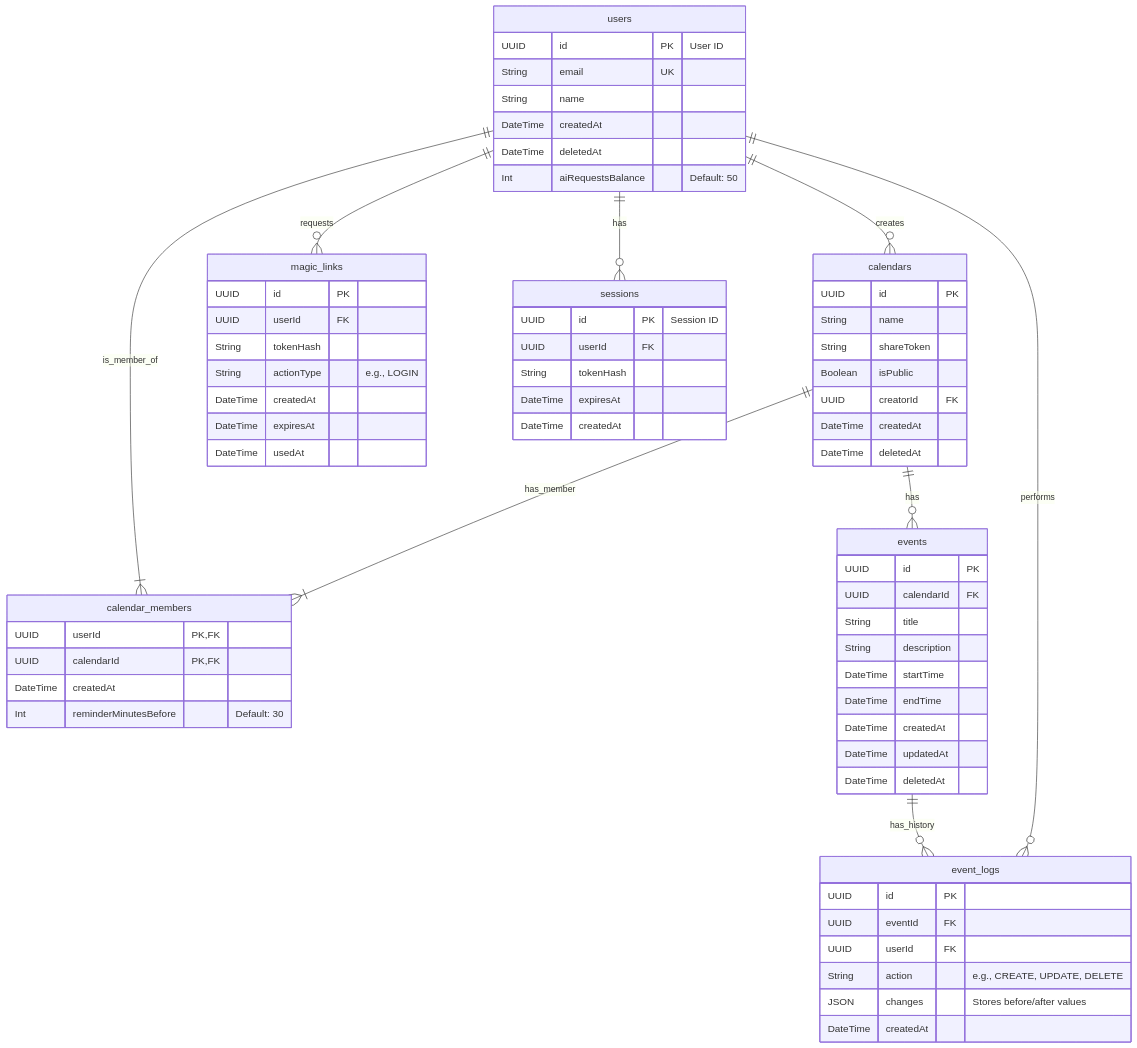
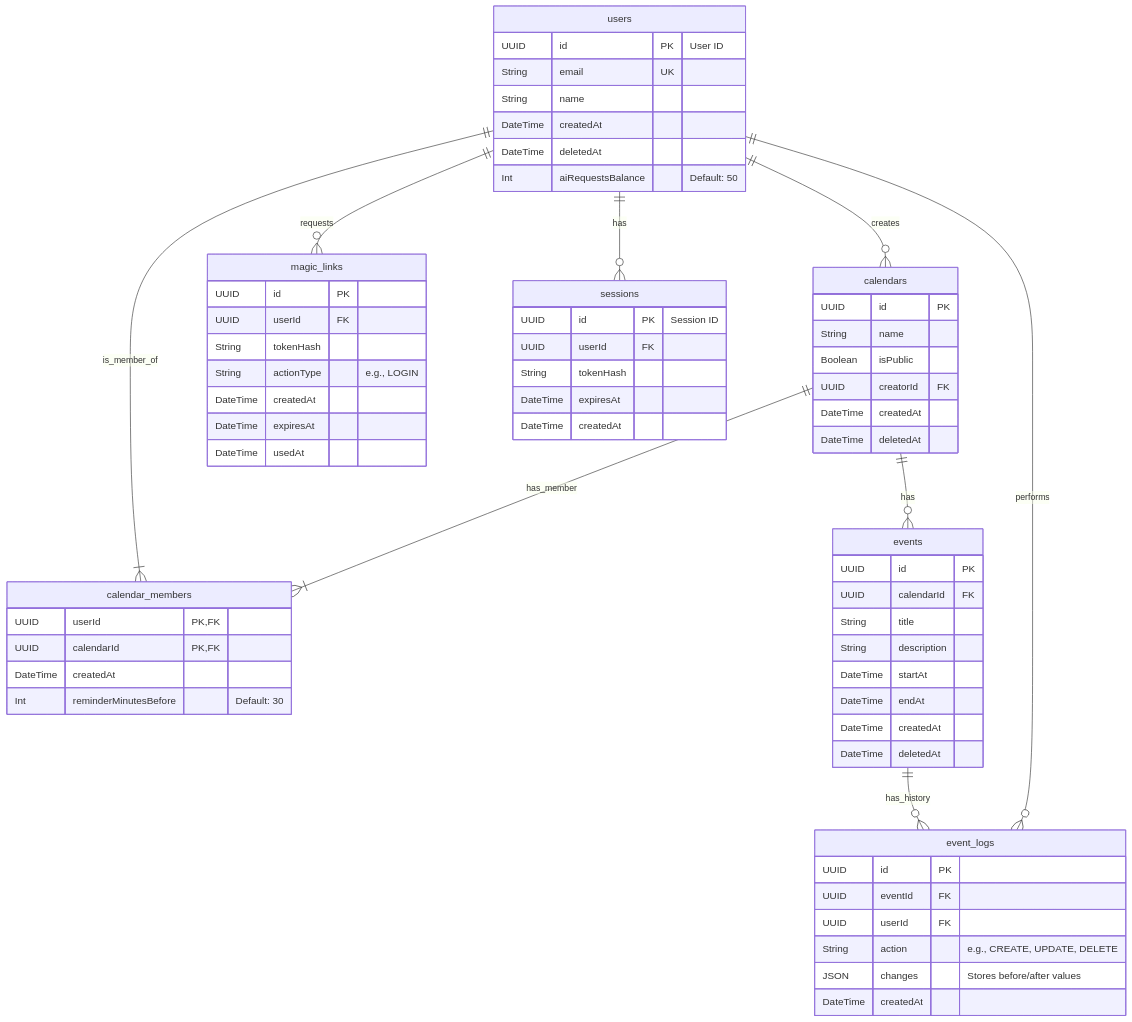
One commit to jicda18/UnioLoci changed the diagram in docs/database-schema.md. Above: the diagram before and after it, drawn with Mermaid. The commit also changed other lines of this file and 46 other files, not shown here.

````diff
--- a/docs/database-schema.md
+++ b/docs/database-schema.md
@@ -22,76 +22,74 @@
 ```mermaid
 erDiagram
     users {
         UUID id PK "User ID"
         String email UK
         String name
         DateTime createdAt
         DateTime deletedAt
         Int aiRequestsBalance "Default: 50"
     }
 
     calendars {
         UUID id PK
         String name
-        String shareToken
         Boolean isPublic
         UUID creatorId FK
         DateTime createdAt
         DateTime deletedAt
     }
 
     calendar_members {
         UUID userId PK, FK
         UUID calendarId PK, FK
         DateTime createdAt
         Int reminderMinutesBefore "Default: 30"
     }
 
     events {
         UUID id PK
         UUID calendarId FK
         String title
         String description
-        DateTime startTime
-        DateTime endTime
+        DateTime startAt
+        DateTime endAt
         DateTime createdAt
-        DateTime updatedAt
         DateTime deletedAt
     }
 
     event_logs {
         UUID id PK
         UUID eventId FK
         UUID userId FK
         String action "e.g., CREATE, UPDATE, DELETE"
         JSON changes "Stores before/after values"
         DateTime createdAt
     }
 
     magic_links {
         UUID id PK
         UUID userId FK
         String tokenHash
         String actionType "e.g., LOGIN"
         DateTime createdAt
         DateTime expiresAt
         DateTime usedAt
     }
 
     sessions {
         UUID id PK "Session ID"
         UUID userId FK
         String tokenHash
         DateTime expiresAt
         DateTime createdAt
     }
 
     users ||--o{ calendars : "creates"
     users ||--|{ calendar_members : "is_member_of"
     users ||--o{ sessions : "has"
     calendars ||--|{ calendar_members : "has_member"
     calendars ||--o{ events : "has"
     events ||--o{ event_logs : "has_history"
     users ||--o{ event_logs : "performs"
     users ||--o{ magic_links : "requests"
 ```
````
